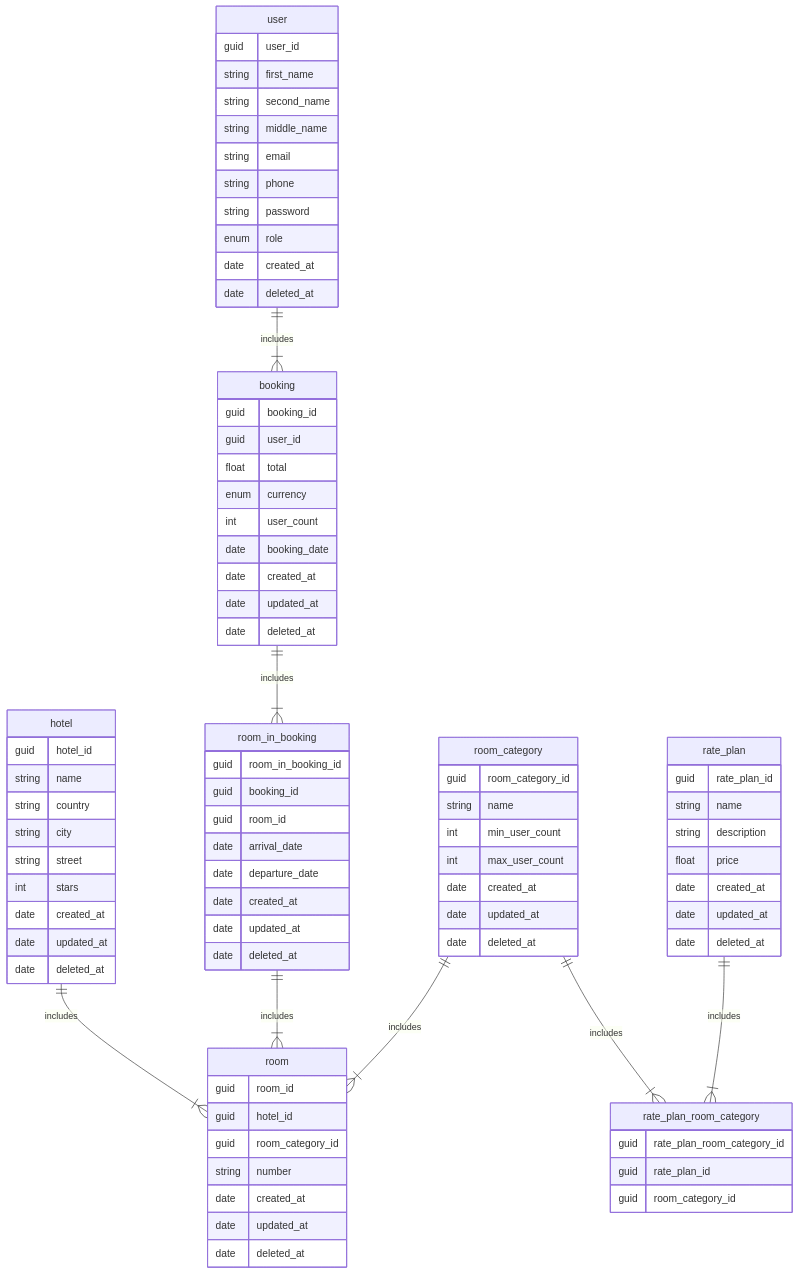
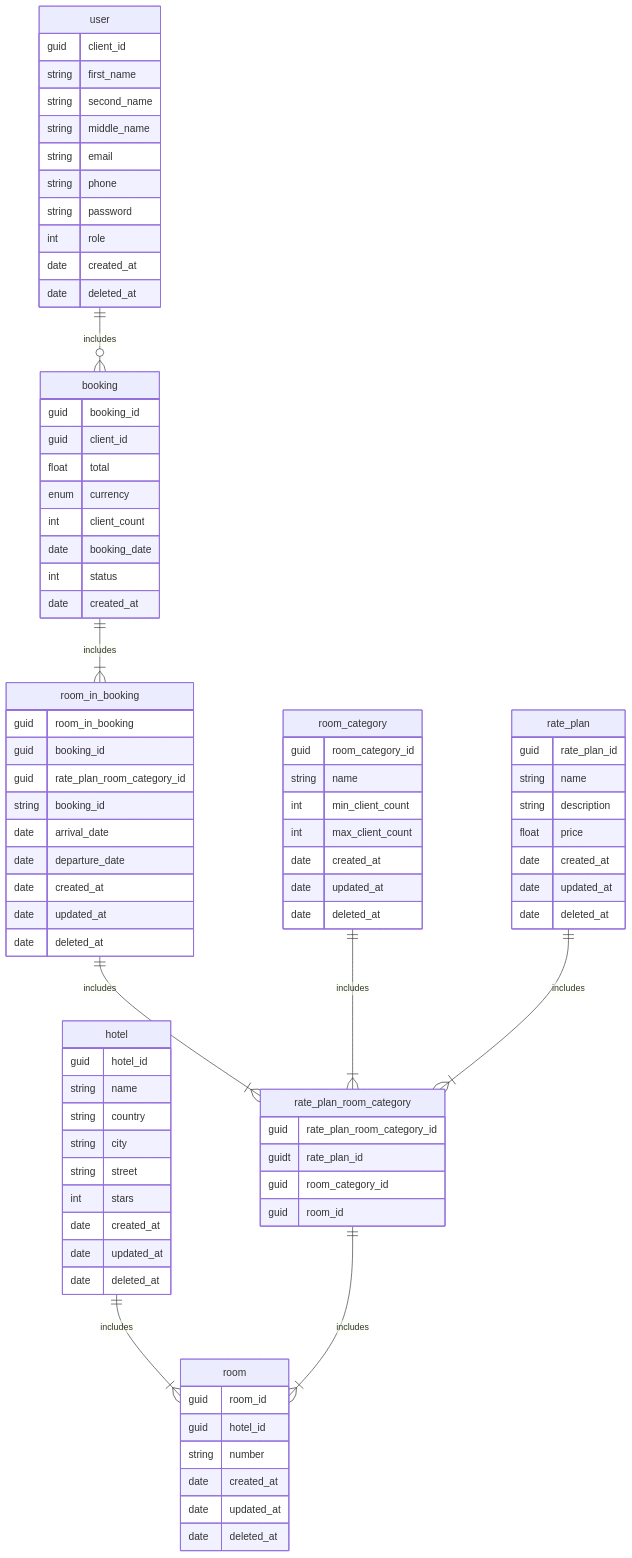
One commit to vamerkushev/Hotel-booking-service changed the diagram in README.md. Above: the diagram before and after it, drawn with Mermaid. The commit also changed 9 other files, not shown here.

````diff
--- a/README.md
+++ b/README.md
@@ -170,40 +170,39 @@
 ```mermaid
 erDiagram
     hotel ||--|{ room : includes
-    room_in_booking ||--|{ room : includes
-    room_category ||--|{ room : includes
+    room_in_booking ||--|{ rate_plan_room_category : includes
+    rate_plan_room_category ||--|{ room : includes
     booking ||--|{ room_in_booking : includes
-    user ||--|{ booking : includes
+    user ||--o{ booking : includes
     room_category ||--|{ rate_plan_room_category : includes
     rate_plan ||--|{ rate_plan_room_category : includes
-
     user {
-        guid user_id
+        guid client_id
         string first_name
         string second_name
         string middle_name
         string email
         string phone
         string password
-        enum role
+        int role
         date created_at
         date deleted_at
     }
     booking {
         guid booking_id
-        guid user_id
+        guid client_id
         float total
         enum currency
-        int user_count
+        int client_count
         date booking_date
+        int status
         date created_at
-        date updated_at
-        date deleted_at
     }
     room_in_booking {
-        guid room_in_booking_id
+        guid room_in_booking
         guid booking_id
-        guid room_id
+        guid rate_plan_room_category_id
+        string booking_id
         date arrival_date
         date departure_date
         date created_at
@@ -213,7 +212,6 @@
     room {
         guid room_id
         guid hotel_id
-        guid room_category_id
         string number
         date created_at
         date updated_at
@@ -222,8 +220,8 @@
     room_category {
         guid room_category_id
         string name
-        int min_user_count
-        int max_user_count
+        int min_client_count
+        int max_client_count
         date created_at
         date updated_at
         date deleted_at
@@ -241,8 +239,9 @@
     }
     rate_plan_room_category {
         guid rate_plan_room_category_id
-        guid rate_plan_id
+        guidt rate_plan_id
         guid room_category_id
+        guid room_id
     }
     rate_plan {
         guid rate_plan_id
````
